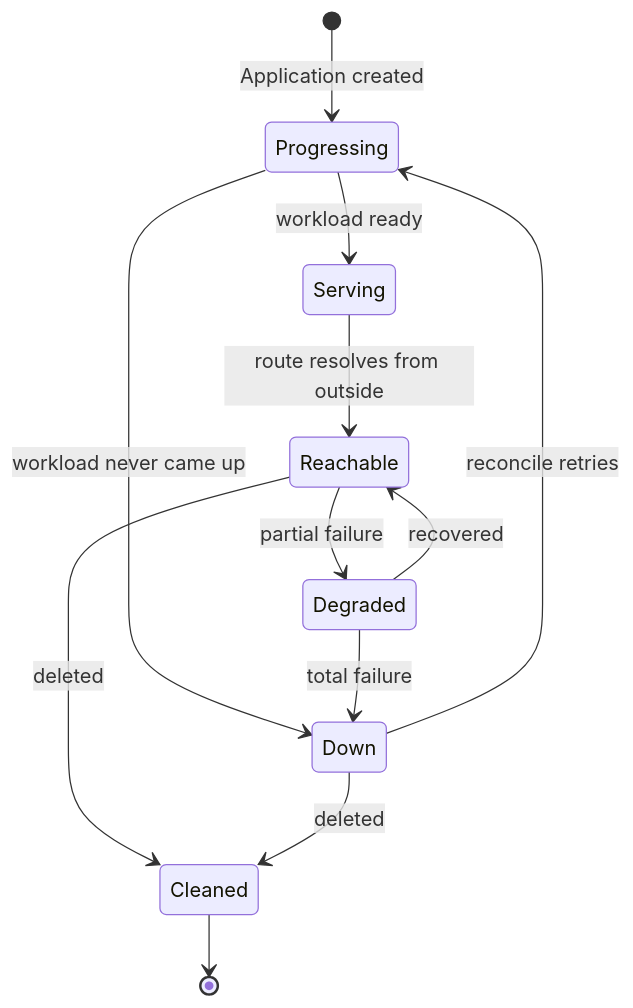
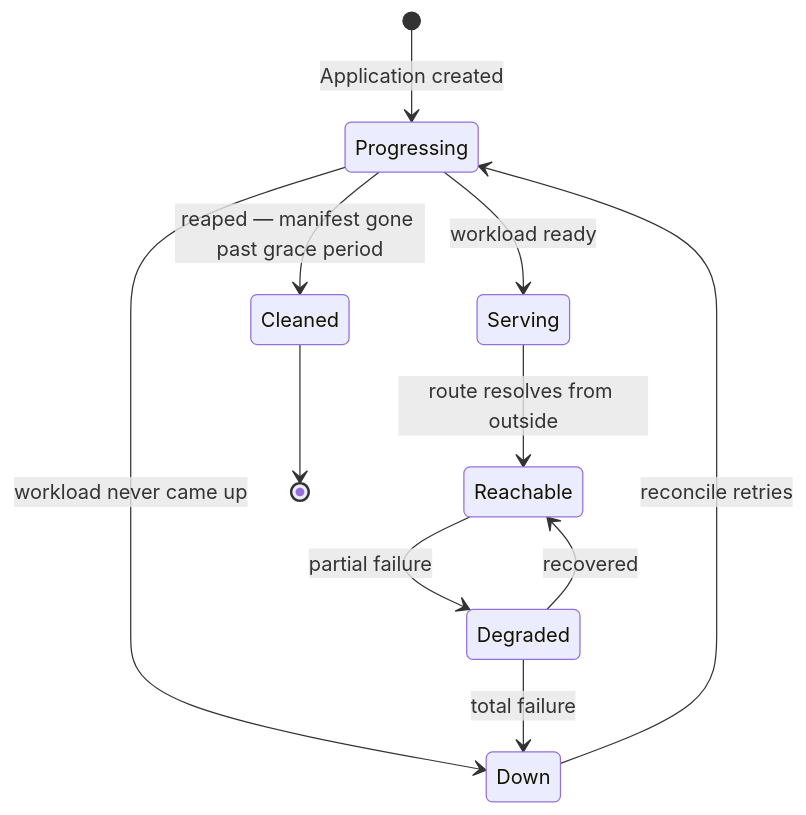
Before and after one commit to getloopscale/loop-runtime: the diagram in .squad/wiki/design/states.md, drawn with Mermaid. The commit also changed other lines of this file and 3 other files, not shown here.

````diff
--- a/.squad/wiki/design/states.md
+++ b/.squad/wiki/design/states.md
@@ -13,14 +13,13 @@
 ```mermaid
 stateDiagram-v2
     [*] --> Progressing : Application created
     Progressing --> Serving : workload ready
     Progressing --> Down : workload never came up
     Serving --> Reachable : route resolves from outside
     Reachable --> Degraded : partial failure
     Degraded --> Reachable : recovered
     Degraded --> Down : total failure
     Down --> Progressing : reconcile retries
-    Reachable --> Cleaned : deleted
-    Down --> Cleaned : deleted
+    Progressing --> Cleaned : reaped — manifest gone past grace period
     Cleaned --> [*]
 ```
````
